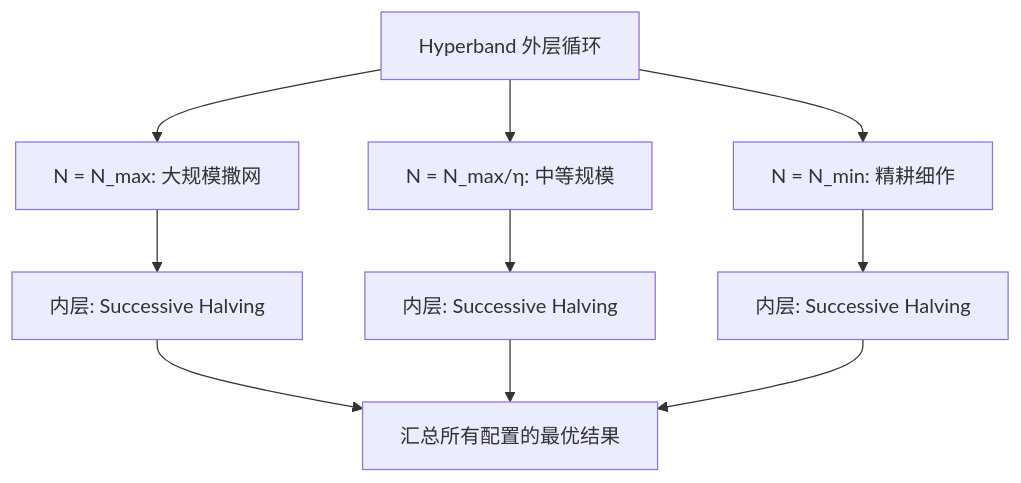
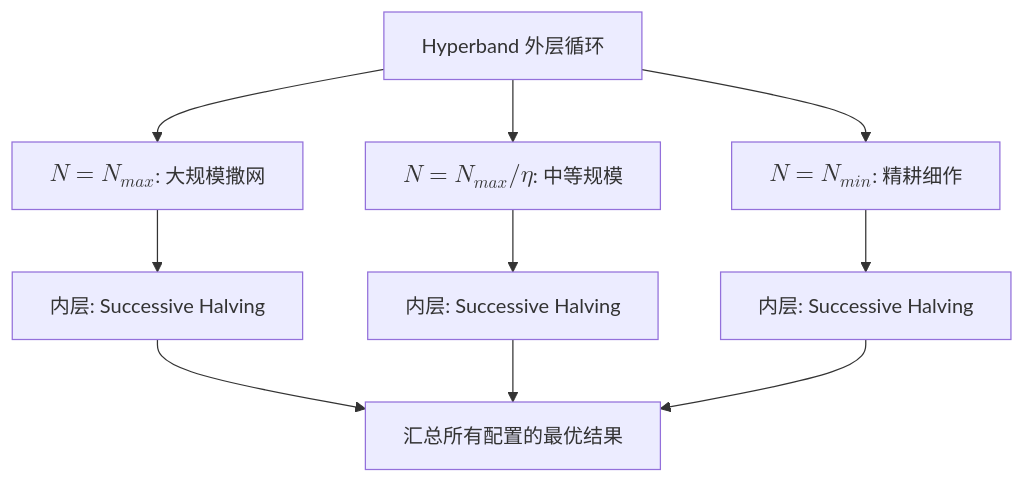
Before and after one commit to fenixsoft/dmla: the second of 2 diagrams in docs/ai-infra-engineering/mlops/hyperparameter-optimization.md, drawn with Mermaid. The commit also changed other lines of this file and 10 other files, not shown here.

````diff
--- a/docs/ai-infra-engineering/mlops/hyperparameter-optimization.md
+++ b/docs/ai-infra-engineering/mlops/hyperparameter-optimization.md
@@ -196,12 +407,12 @@
-```mermaid
+```mermaid compact
 graph TD
-    A[Hyperband 外层循环] --> B[N = N_max: 大规模撒网]
-    A --> C[N = N_max/η: 中等规模]
-    A --> D[N = N_min: 精耕细作]
+    A[Hyperband 外层循环] --> B["$$N = N_{max}$$: 大规模撒网"]
+    A --> C["$$N = N_{max}/η$$: 中等规模"]
+    A --> D["$$N = N_{min}$$: 精耕细作"]
     B --> E[内层: Successive Halving]
     C --> F[内层: Successive Halving]
     D --> G[内层: Successive Halving]
     E --> H[汇总所有配置的最优结果]
     F --> H
     G --> H
 ```
````
